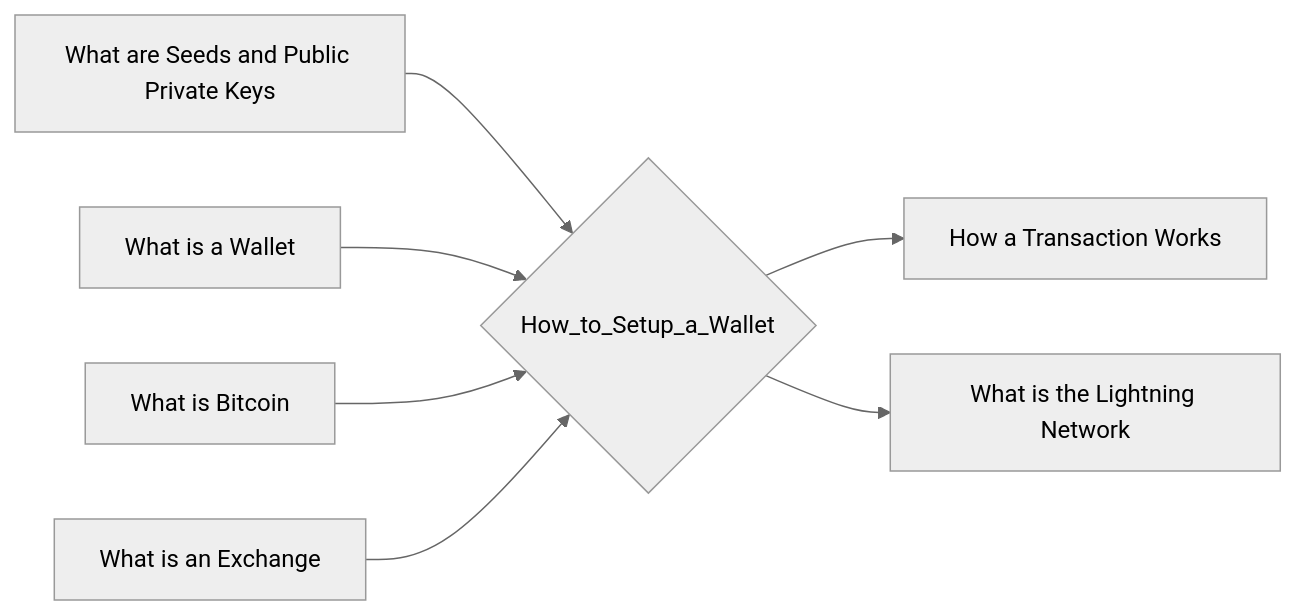
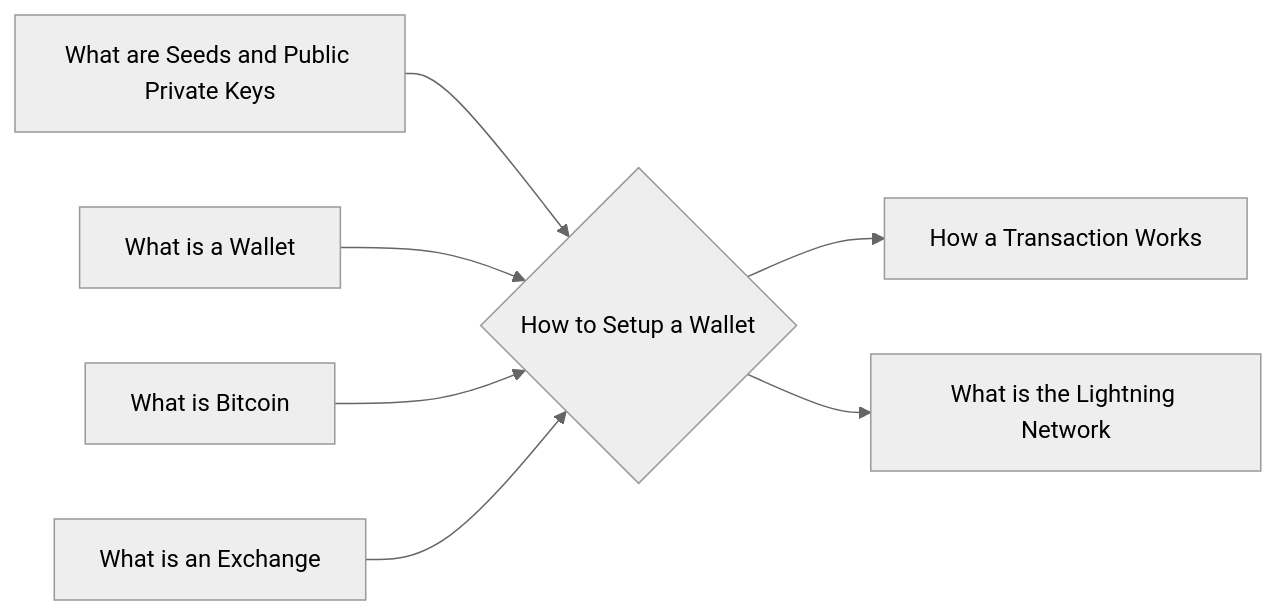
One commit to lpurdy01/crypto-knowledge-map changed the diagram in notes/How_to_Setup_a_Wallet.md. Above: the diagram before and after it, drawn with Mermaid (neutral theme). The commit also changed 58 other files, not shown here.

````diff
--- a/notes/How_to_Setup_a_Wallet.md
+++ b/notes/How_to_Setup_a_Wallet.md
@@ -17,9 +17,9 @@
 ```mermaid
 graph LR
-1["What are Seeds and Public Private Keys"]-->0{"How_to_Setup_a_Wallet"}
-2["What is a Wallet"]-->0{"How_to_Setup_a_Wallet"}
-3["What is Bitcoin"]-->0{"How_to_Setup_a_Wallet"}
-4["What is an Exchange"]-->0{"How_to_Setup_a_Wallet"}
-0{"How_to_Setup_a_Wallet"}-->5["How a Transaction Works"]
-0{"How_to_Setup_a_Wallet"}-->6["What is the Lightning Network"]
+1["What are Seeds and Public Private Keys"]-->0{"How to Setup a Wallet"}
+2["What is a Wallet"]-->0{"How to Setup a Wallet"}
+3["What is Bitcoin"]-->0{"How to Setup a Wallet"}
+4["What is an Exchange"]-->0{"How to Setup a Wallet"}
+0{"How to Setup a Wallet"}-->5["How a Transaction Works"]
+0{"How to Setup a Wallet"}-->6["What is the Lightning Network"]
 ```
````
